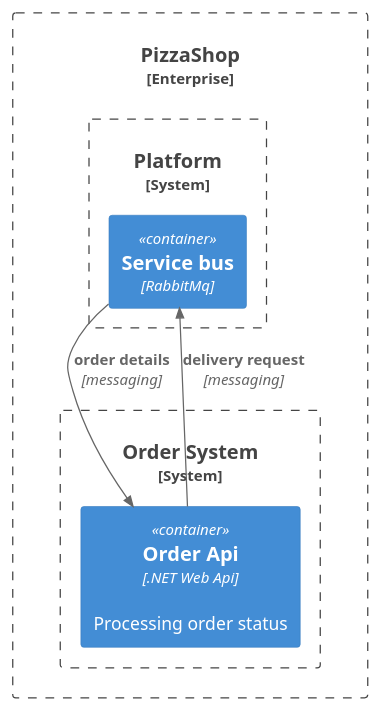
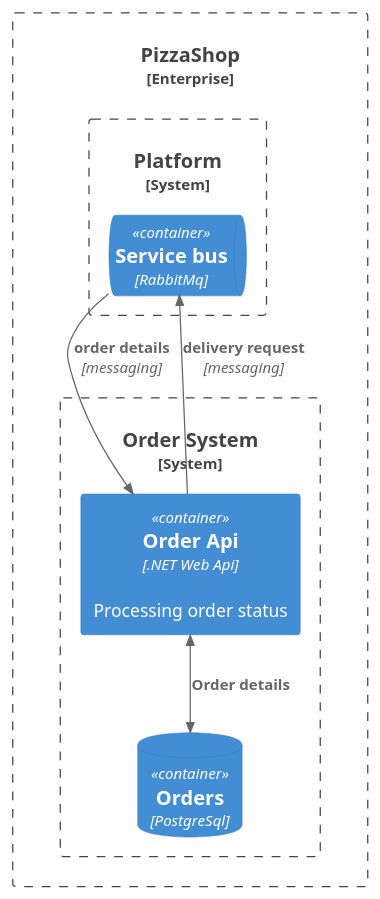
The diagram in pizzashop/domains/orders/docs/architecture/containers.md (maaroen/BackstageDemoProjects), drawn with PlantUML before and after one commit.

Commit message:
Order domain documentation update

````diff
--- a/pizzashop/domains/orders/docs/architecture/containers.md
+++ b/pizzashop/domains/orders/docs/architecture/containers.md
@@ -2,19 +2,22 @@
 ```plantuml
 @startuml
 !include https://raw.githubusercontent.com/plantuml-stdlib/C4-PlantUML/master/C4_Container.puml
 
 Enterprise_Boundary(pizzaEnterprise, "PizzaShop") {
 
   System_Boundary(platform, "Platform") {
-    Container(serviceBus, "Service bus", "RabbitMq")
+    ContainerQueue(serviceBus, "Service bus", "RabbitMq")
   }
 
   System_Boundary(orderSystem, "Order System") {
     Container(orderApi, "Order Api", ".NET Web Api", "Processing order status")
+    ContainerDb(orderDb, "Orders", "PostgreSql")
+
+    BiRel(orderApi, orderDb, "Order details")
   }
 
   Rel(serviceBus, orderApi, "order details", "messaging")
   Rel(orderApi, serviceBus, "delivery request", "messaging")
 }
 @enduml
 ```
````
